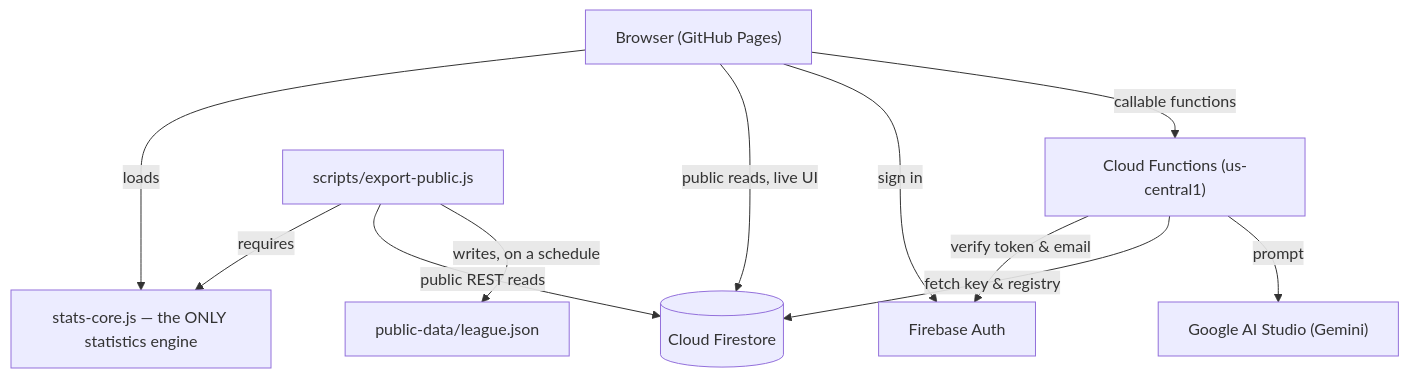
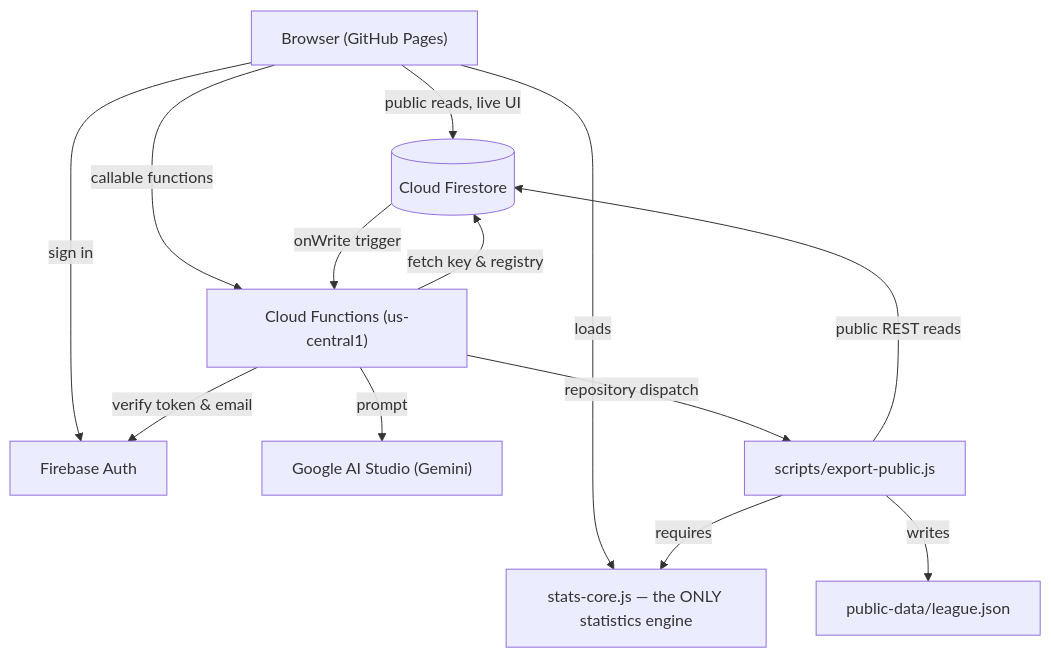
Before and after one commit to ccaannozturk/elderlysupport: the diagram in docs/STATUS.md, drawn with Mermaid. The commit also changed other lines of this file and 10 other files, not shown here.

````diff
--- a/docs/STATUS.md
+++ b/docs/STATUS.md
@@ -17,22 +17,24 @@
 ```mermaid
 graph TD
     Client["Browser (GitHub Pages)"]
     Core["stats-core.js — the ONLY statistics engine"]
     Auth["Firebase Auth"]
     CF["Cloud Functions (us-central1)"]
     Gemini["Google AI Studio (Gemini)"]
     FS[("Cloud Firestore")]
     Export["scripts/export-public.js"]
     Pages["public-data/league.json"]
 
     Client -->|loads| Core
     Client -->|public reads, live UI| FS
     Client -->|sign in| Auth
     Client -->|callable functions| CF
     CF -->|verify token & email| Auth
     CF -->|fetch key & registry| FS
     CF -->|prompt| Gemini
+    FS -->|onWrite trigger| CF
+    CF -->|repository dispatch| Export
     Export -->|requires| Core
     Export -->|public REST reads| FS
-    Export -->|writes, on a schedule| Pages
+    Export -->|writes| Pages
 ```
````
